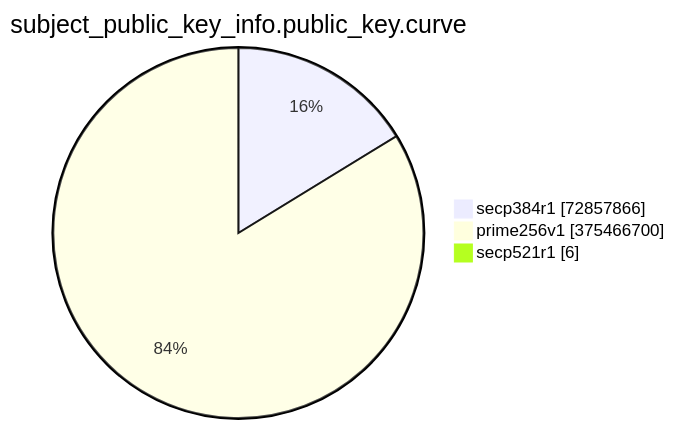
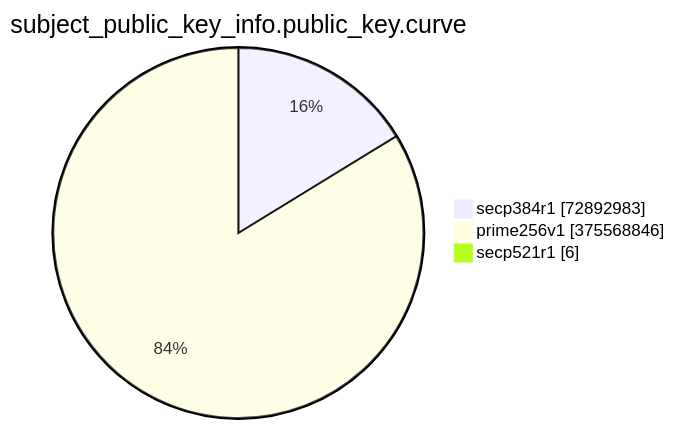
The eighth of 15 diagrams in TOTAL/README.md (christiankrug/ctmonitor_visualization), drawn with Mermaid before and after one commit. The commit also changed other lines of this file, not shown here.

````diff
--- a/TOTAL/README.md
+++ b/TOTAL/README.md
@@ -3094,7 +3094,7 @@
 ```mermaid
 pie showData
 title subject_public_key_info.public_key.curve
-"secp384r1" :72857866
-"prime256v1" :375466700
+"secp384r1" :72892983
+"prime256v1" :375568846
 "secp521r1" :6
 ```
````
